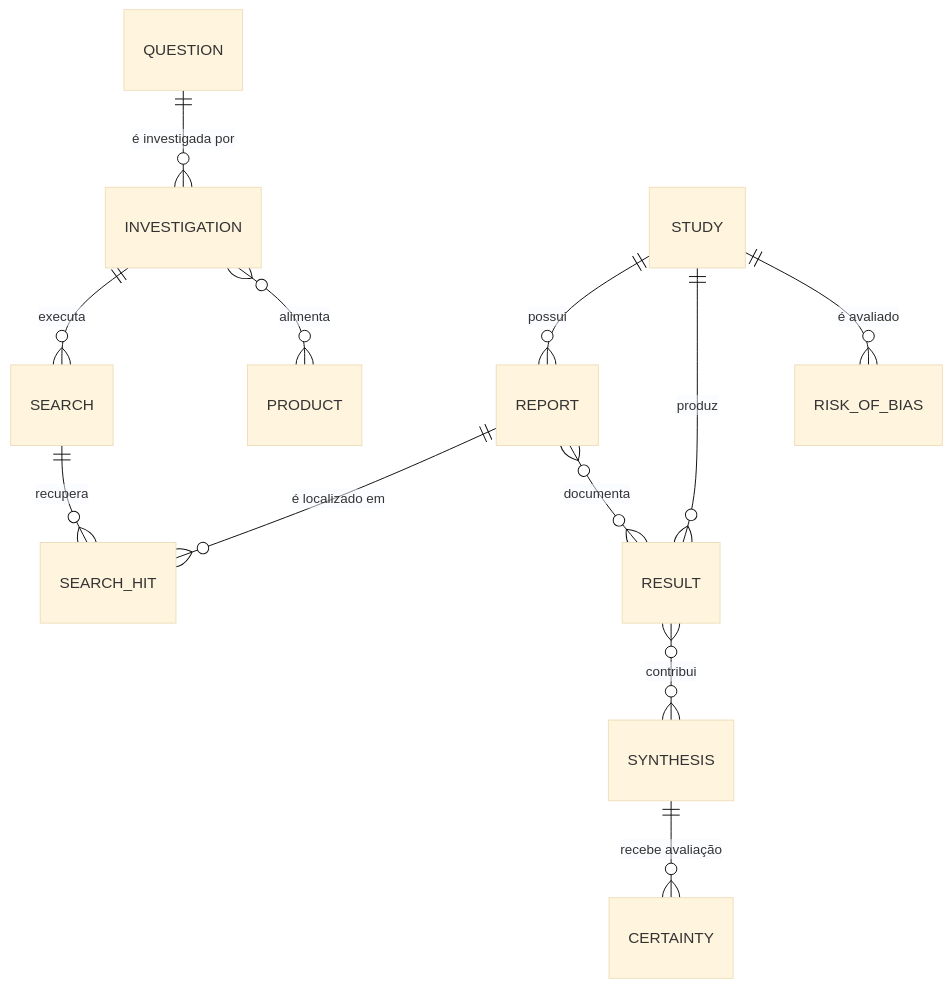
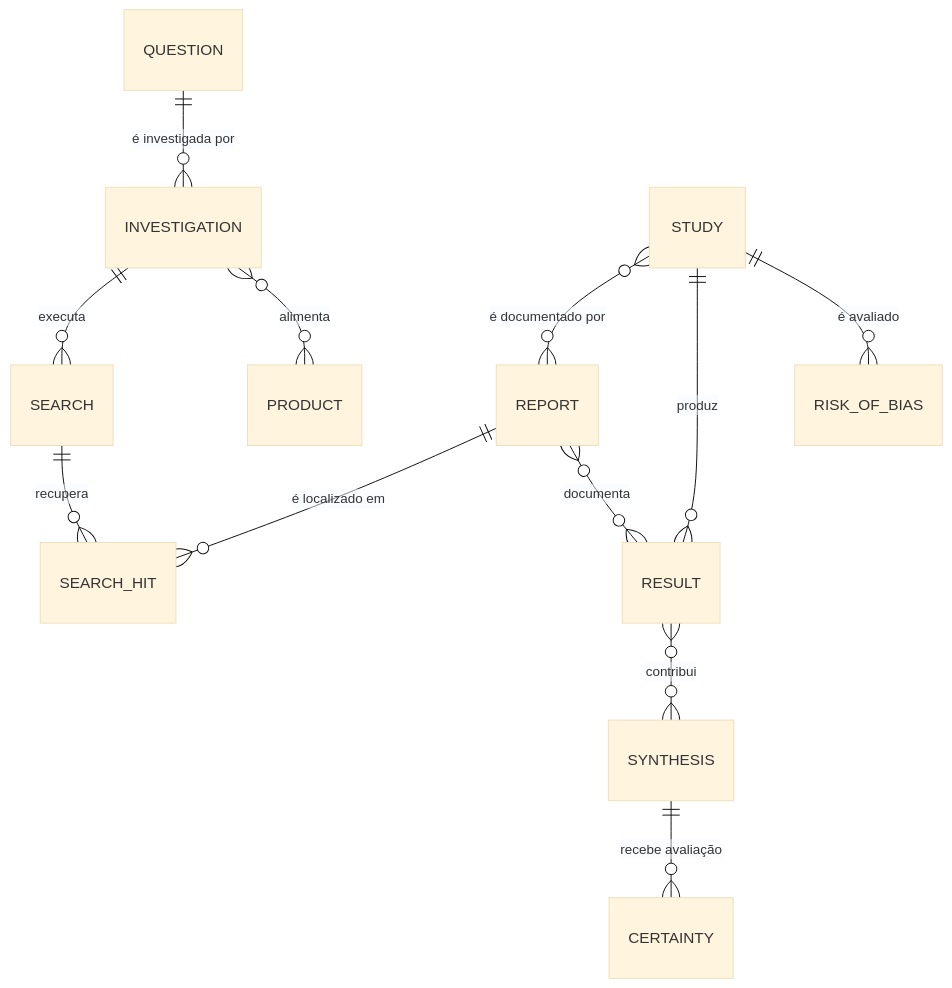
One commit to rogerio-raposo/observatorio-evidencias-saude changed the diagram in docs/architecture/20-modelo-conceitual-dados.md. Above: the diagram before and after it, drawn with Mermaid (base theme). The commit also changed other lines of this file, not shown here.

Commit message:
Refine Study to Report cardinality in OES conceptual model

````diff
--- a/docs/architecture/20-modelo-conceitual-dados.md
+++ b/docs/architecture/20-modelo-conceitual-dados.md
@@ -667,14 +667,14 @@
 ```mermaid
 erDiagram
     QUESTION ||--o{ INVESTIGATION : "é investigada por"
     INVESTIGATION ||--o{ SEARCH : "executa"
     SEARCH ||--o{ SEARCH_HIT : "recupera"
     REPORT ||--o{ SEARCH_HIT : "é localizado em"
-    STUDY ||--o{ REPORT : "possui"
+    STUDY }o--o{ REPORT : "é documentado por"
     STUDY ||--o{ RESULT : "produz"
     REPORT }o--o{ RESULT : "documenta"
     STUDY ||--o{ RISK_OF_BIAS : "é avaliado"
     RESULT }o--o{ SYNTHESIS : "contribui"
     SYNTHESIS ||--o{ CERTAINTY : "recebe avaliação"
     INVESTIGATION }o--o{ PRODUCT : "alimenta"
 ```
````
